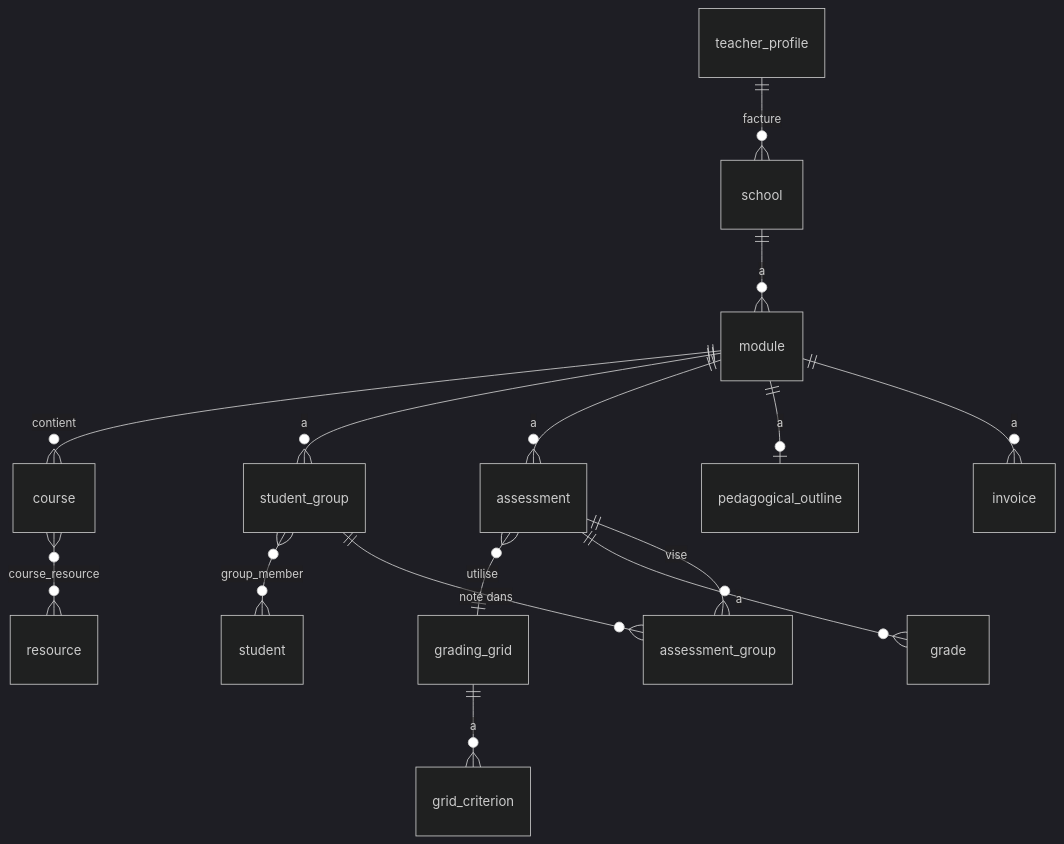
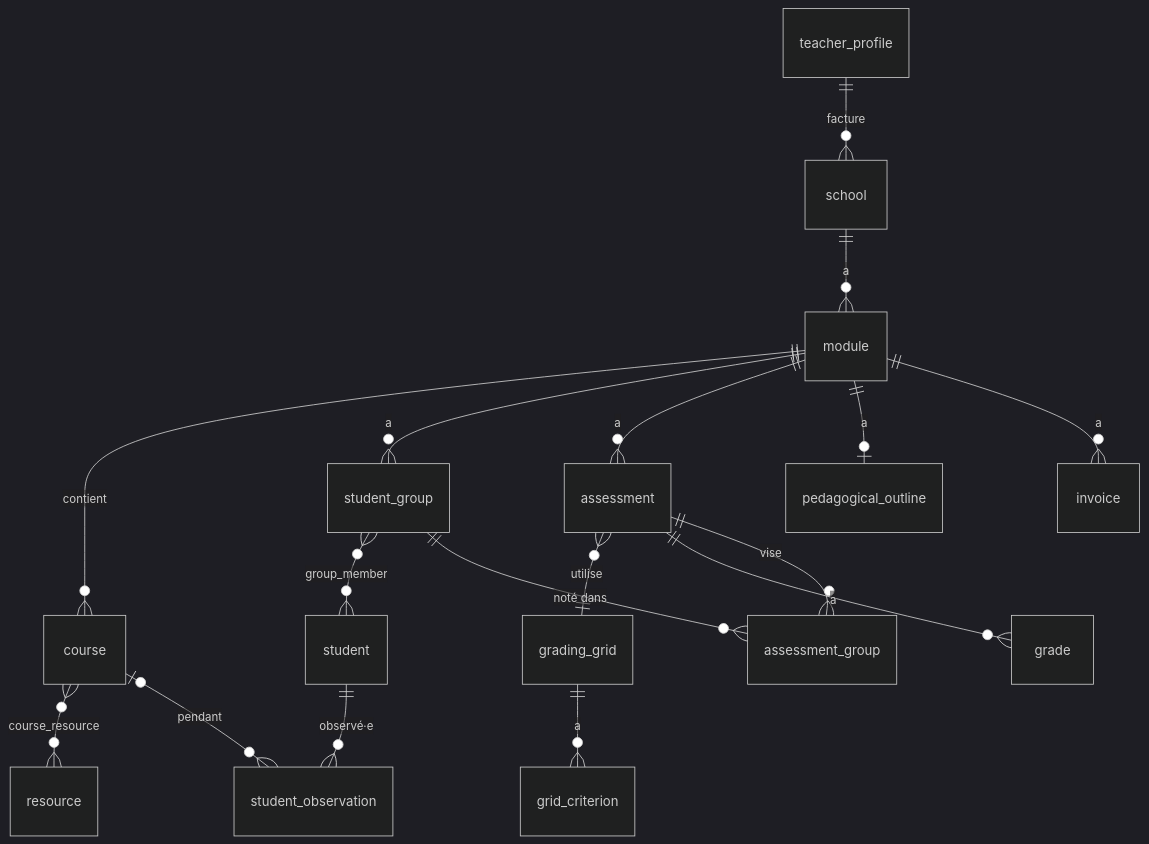
One commit to mariegautron/mg-cours changed the diagram in docs/DATA-MODEL.md. Above: the diagram before and after it, drawn with Mermaid (dark theme). The commit also changed other lines of this file and 17 other files, not shown here.

````diff
--- a/docs/DATA-MODEL.md
+++ b/docs/DATA-MODEL.md
@@ -14,17 +14,19 @@
 ```mermaid
 erDiagram
   school ||--o{ module : "a"
   module ||--o{ course : "contient"
   course }o--o{ resource : "course_resource"
   module ||--o{ student_group : "a"
   student_group }o--o{ student : "group_member"
   module ||--o{ assessment : "a"
   assessment }o--|| grading_grid : "utilise"
   grading_grid ||--o{ grid_criterion : "a"
   assessment ||--o{ grade : "a"
   assessment ||--o{ assessment_group : "vise"
   student_group ||--o{ assessment_group : "noté dans"
   module ||--o| pedagogical_outline : "a"
   module ||--o{ invoice : "a"
+  student ||--o{ student_observation : "observé·e"
+  course |o--o{ student_observation : "pendant"
   teacher_profile ||--o{ school : "facture"
 ```
````
